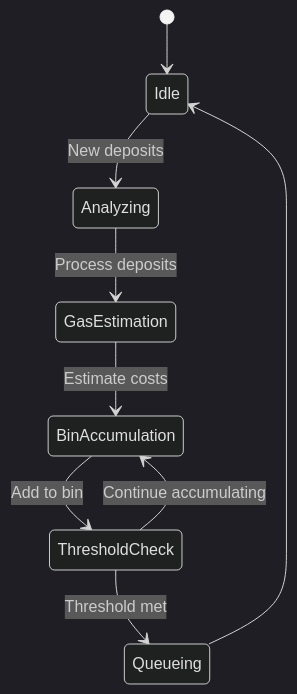
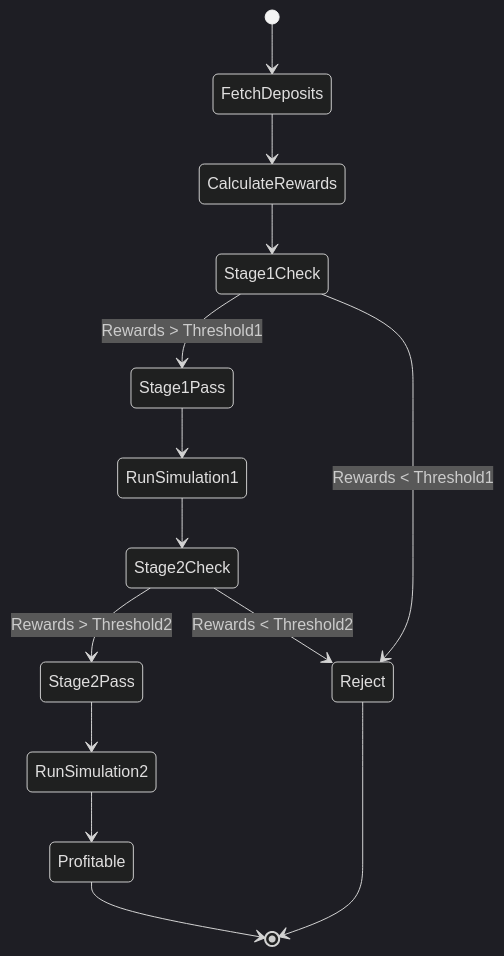
One commit to ScopeLift/staker-bots changed the second of 5 diagrams in src/profitability/README.md. Above: the diagram before and after it, drawn with Mermaid (dark theme). The commit also changed other lines of this file and 11 other files, not shown here.

````diff
--- a/src/profitability/README.md
+++ b/src/profitability/README.md
@@ -55,11 +54,21 @@
 ```mermaid
 stateDiagram-v2
-    [*] --> Idle
-    Idle --> Analyzing: New deposits
-    Analyzing --> GasEstimation: Process deposits
-    GasEstimation --> BinAccumulation: Estimate costs
-    BinAccumulation --> ThresholdCheck: Add to bin
-    ThresholdCheck --> Queueing: Threshold met
-    ThresholdCheck --> BinAccumulation: Continue accumulating
-    Queueing --> Idle
+    [*] --> FetchDeposits
+    FetchDeposits --> CalculateRewards
+    CalculateRewards --> Stage1Check
+    
+    Stage1Check --> Stage1Pass: Rewards > Threshold1
+    Stage1Check --> Reject: Rewards < Threshold1
+    
+    Stage1Pass --> RunSimulation1
+    RunSimulation1 --> Stage2Check
+    
+    Stage2Check --> Stage2Pass: Rewards > Threshold2
+    Stage2Check --> Reject: Rewards < Threshold2
+    
+    Stage2Pass --> RunSimulation2
+    RunSimulation2 --> Profitable
+    
+    Profitable --> [*]
+    Reject --> [*]
 ```
````
